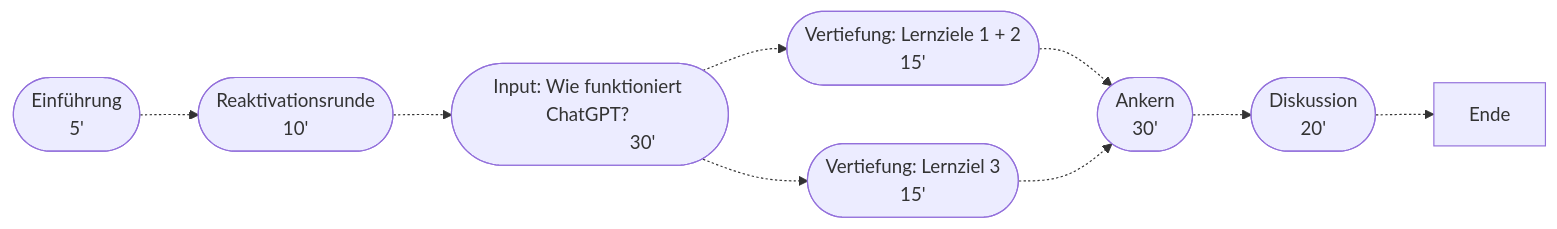
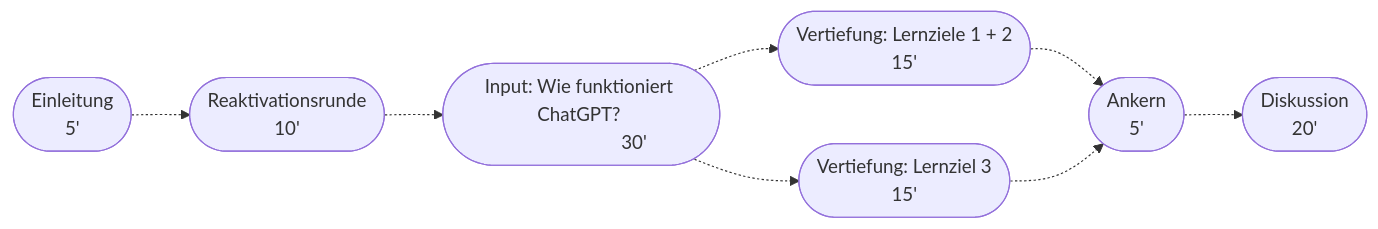
Before and after one commit to virtuelleakademie/gpt-nano: the diagram in pages/index.qmd, drawn with Mermaid. The commit also changed other lines of this file and 3 other files, not shown here.

````diff
--- a/pages/index.qmd
+++ b/pages/index.qmd
@@ -32,19 +32,18 @@
 ```{mermaid}
 flowchart LR
-  A(["Einführung
+  A(["Einleitung
             5'"]) 
   A -.-> B(["Reaktivationsrunde 
                       10'"]) 
   B -.-> C(["Input: Wie funktioniert ChatGPT? 
                       30'"])
   C -.-> D(["Vertiefung: Lernziele 1 + 2 
                       15'"]) 
   C -.-> E(["Vertiefung: Lernziel 3 
                         15'"]) 
   D -.-> F(["Ankern 
-                30'"]) 
+                5'"]) 
   E -.-> F
   F -.-> G(["Diskussion 
-            20'"]) 
-  G -.-> H[Ende]
+            20'"])
 ```
````
